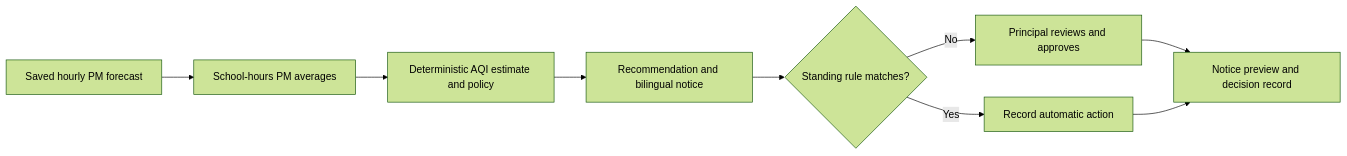
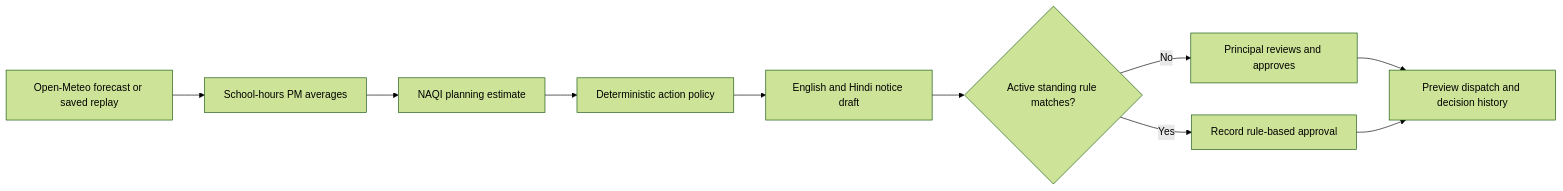
The diagram in README.md (rutujthakare0/saans), drawn with Mermaid (forest theme) before and after one commit. The commit also changed other lines of this file and 57 other files, not shown here.

````diff
--- a/README.md
+++ b/README.md
@@ -19,11 +25,12 @@
 ```mermaid
 flowchart LR
-  A[Saved hourly PM forecast] --> B[School-hours PM averages]
-  B --> C[Deterministic AQI estimate and policy]
-  C --> D[Recommendation and bilingual notice]
-  D --> E{Standing rule matches?}
-  E -- No --> F[Principal reviews and approves]
-  E -- Yes --> G[Record automatic action]
-  F --> H[Notice preview and decision record]
-  G --> H
+  A[Open-Meteo forecast or saved replay] --> B[School-hours PM averages]
+  B --> C[NAQI planning estimate]
+  C --> D[Deterministic action policy]
+  D --> E[English and Hindi notice draft]
+  E --> F{Active standing rule matches?}
+  F -- No --> G[Principal reviews and approves]
+  F -- Yes --> H[Record rule-based approval]
+  G --> I[Preview dispatch and decision history]
+  H --> I
 ```
````
